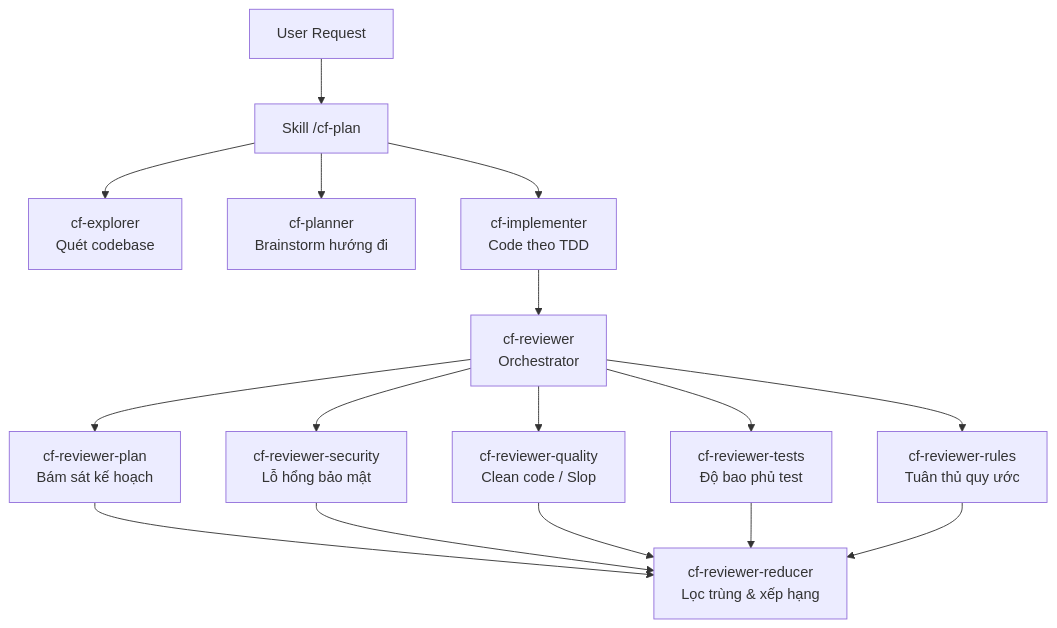
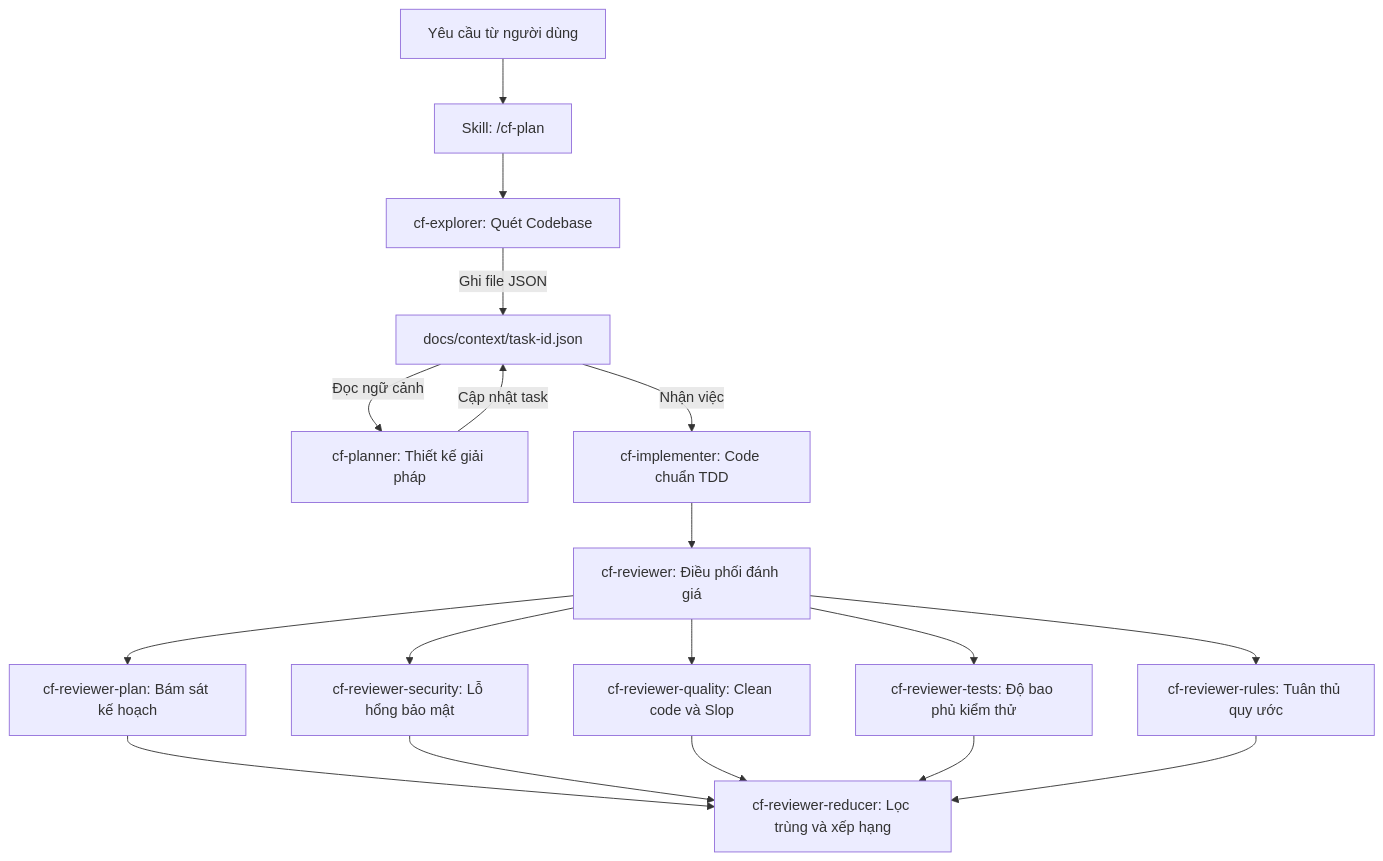
One commit to nguyengoctin/my_website changed the second of 4 diagrams in content/posts/toan-tap-coding-friend-ai-engineering.md. Above: the diagram before and after it, drawn with Mermaid. The commit also changed other lines of this file, not shown here.

````diff
--- a/content/posts/toan-tap-coding-friend-ai-engineering.md
+++ b/content/posts/toan-tap-coding-friend-ai-engineering.md
@@ -54,22 +52,20 @@
 ```mermaid
 flowchart TD
-    User["User Request"] --> Plan["Skill /cf-plan"]
-    
-    Plan --> Explorer["cf-explorer<br/>Quét codebase"]
-    Plan --> Planner["cf-planner<br/>Brainstorm hướng đi"]
-    Plan --> Implementer["cf-implementer<br/>Code theo TDD"]
-    
-    Implementer --> Reviewer["cf-reviewer<br/>Orchestrator"]
-    
-    Reviewer --> R1["cf-reviewer-plan<br/>Bám sát kế hoạch"]
-    Reviewer --> R2["cf-reviewer-security<br/>Lỗ hổng bảo mật"]
-    Reviewer --> R3["cf-reviewer-quality<br/>Clean code / Slop"]
-    Reviewer --> R4["cf-reviewer-tests<br/>Độ bao phủ test"]
-    Reviewer --> R5["cf-reviewer-rules<br/>Tuân thủ quy ước"]
-    
-    R1 --> Reducer["cf-reviewer-reducer<br/>Lọc trùng & xếp hạng"]
+    User["Yêu cầu từ người dùng"] --> Plan["Skill: /cf-plan"]
+    Plan --> Explorer["cf-explorer: Quét Codebase"]
+    Explorer -->|Ghi file JSON| Ctx["docs/context/task-id.json"]
+    Ctx -->|Đọc ngữ cảnh| Planner["cf-planner: Thiết kế giải pháp"]
+    Planner -->|Cập nhật task| Ctx
+    Ctx -->|Nhận việc| Implementer["cf-implementer: Code chuẩn TDD"]
+    Implementer --> Reviewer["cf-reviewer: Điều phối đánh giá"]
+    Reviewer --> R1["cf-reviewer-plan: Bám sát kế hoạch"]
+    Reviewer --> R2["cf-reviewer-security: Lỗ hổng bảo mật"]
+    Reviewer --> R3["cf-reviewer-quality: Clean code và Slop"]
+    Reviewer --> R4["cf-reviewer-tests: Độ bao phủ kiểm thử"]
+    Reviewer --> R5["cf-reviewer-rules: Tuân thủ quy ước"]
+    R1 --> Reducer["cf-reviewer-reducer: Lọc trùng và xếp hạng"]
     R2 --> Reducer
     R3 --> Reducer
     R4 --> Reducer
     R5 --> Reducer
 ```
````
